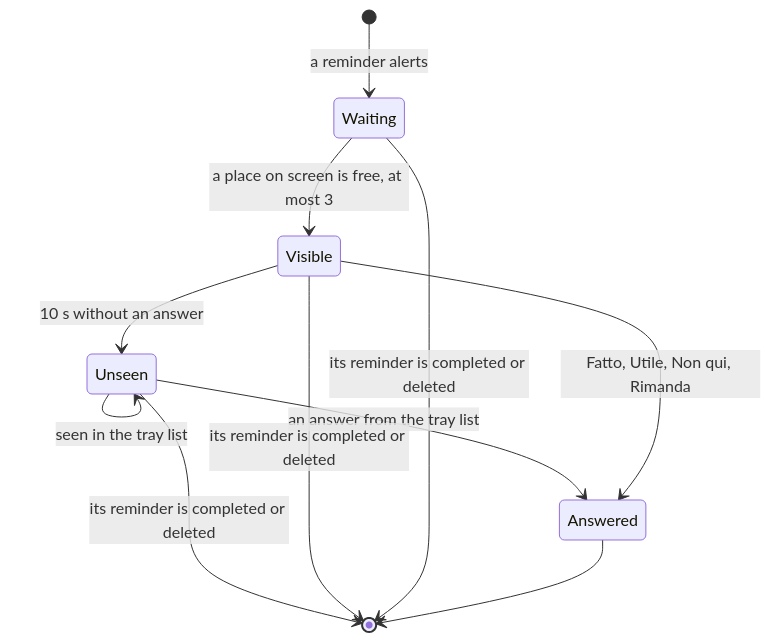
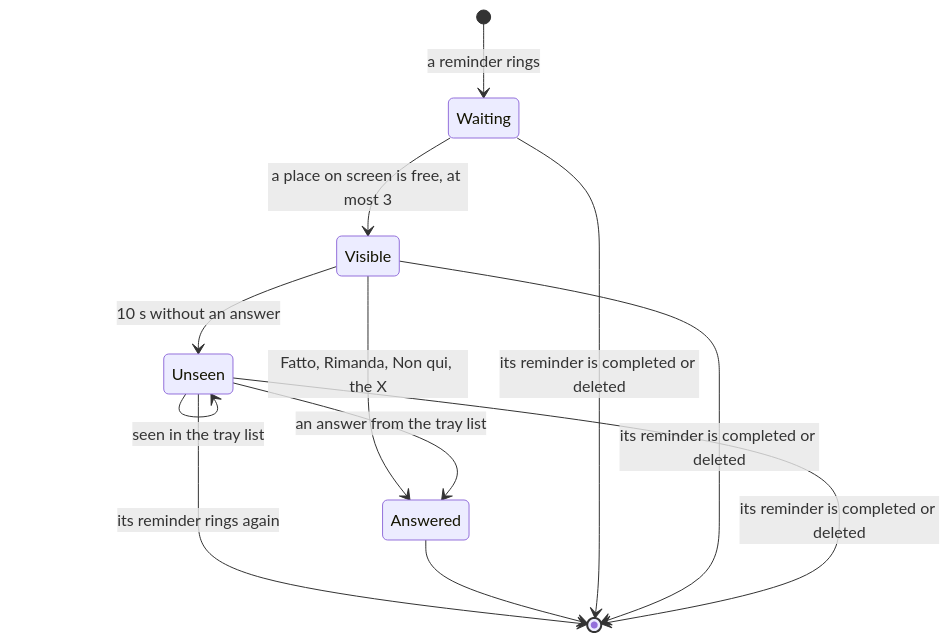
One commit to devfrx/jiffin changed the second of 2 diagrams in docs/design/lifecycles.md. Above: the diagram before and after it, drawn with Mermaid. The commit also changed other lines of this file and 37 other files, not shown here.

````diff
--- a/docs/design/lifecycles.md
+++ b/docs/design/lifecycles.md
@@ -42,13 +88,14 @@
 ```mermaid
 stateDiagram-v2
-    [*] --> Waiting : a reminder alerts
+    [*] --> Waiting : a reminder rings
     Waiting --> Visible : a place on screen is free, at most 3
     Visible --> Unseen : 10 s without an answer
     Unseen --> Unseen : seen in the tray list
-    Visible --> Answered : Fatto, Utile, Non qui, Rimanda
+    Unseen --> [*] : its reminder rings again
+    Visible --> Answered : Fatto, Rimanda, Non qui, the X
     Unseen --> Answered : an answer from the tray list
     Answered --> [*]
     Waiting --> [*] : its reminder is completed or deleted
     Visible --> [*] : its reminder is completed or deleted
     Unseen --> [*] : its reminder is completed or deleted
 ```
````
